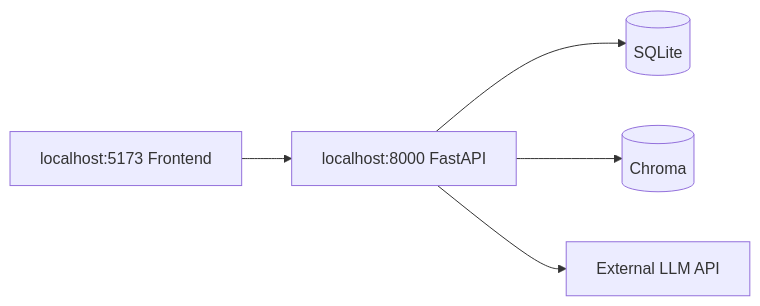
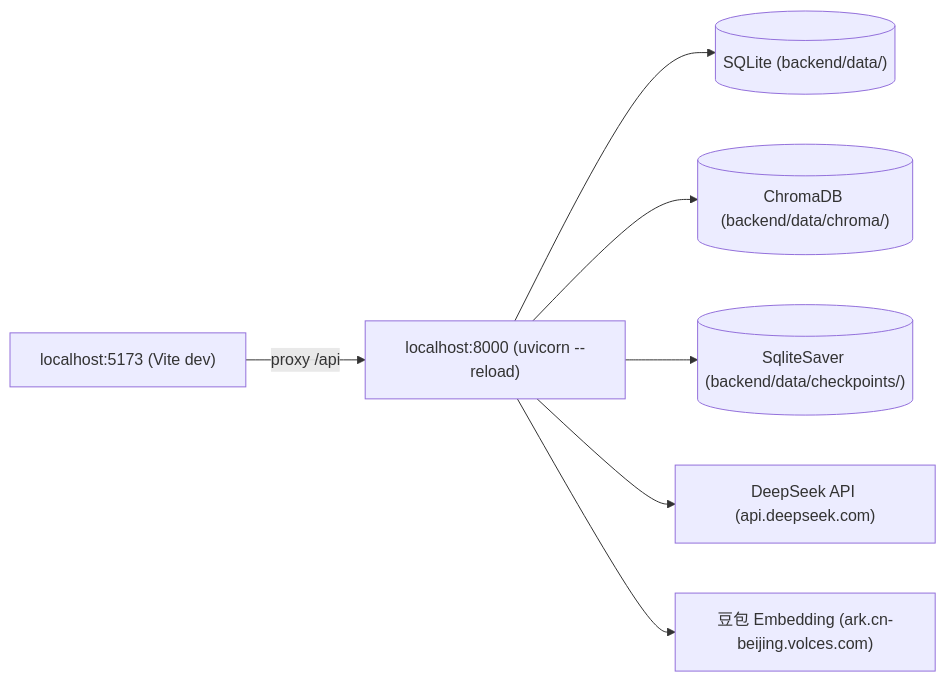
One commit to B20031620/careerpilot-resume-agent changed the fifth of 6 diagrams in docs/05_architecture.md. Above: the diagram before and after it, drawn with Mermaid. The commit also changed other lines of this file and 45 other files, not shown here.

````diff
--- a/docs/05_architecture.md
+++ b/docs/05_architecture.md
@@ -457,7 +442,9 @@
 ```mermaid
 flowchart LR
-    FE["localhost:5173 Frontend"] --> API["localhost:8000 FastAPI"]
-    API --> DB[("SQLite")]
-    API --> VDB[("Chroma")]
-    API --> LLM["External LLM API"]
+    FE["localhost:5173 (Vite dev)"] -->|"proxy /api"| API["localhost:8000 (uvicorn --reload)"]
+    API --> DB[("SQLite (backend/data/)")]
+    API --> VDB[("ChromaDB (backend/data/chroma/)")]
+    API --> CHECKPOINT[("SqliteSaver (backend/data/checkpoints/)")]
+    API --> LLM["DeepSeek API (api.deepseek.com)"]
+    API --> EMBED["豆包 Embedding (ark.cn-beijing.volces.com)"]
 ```
````
